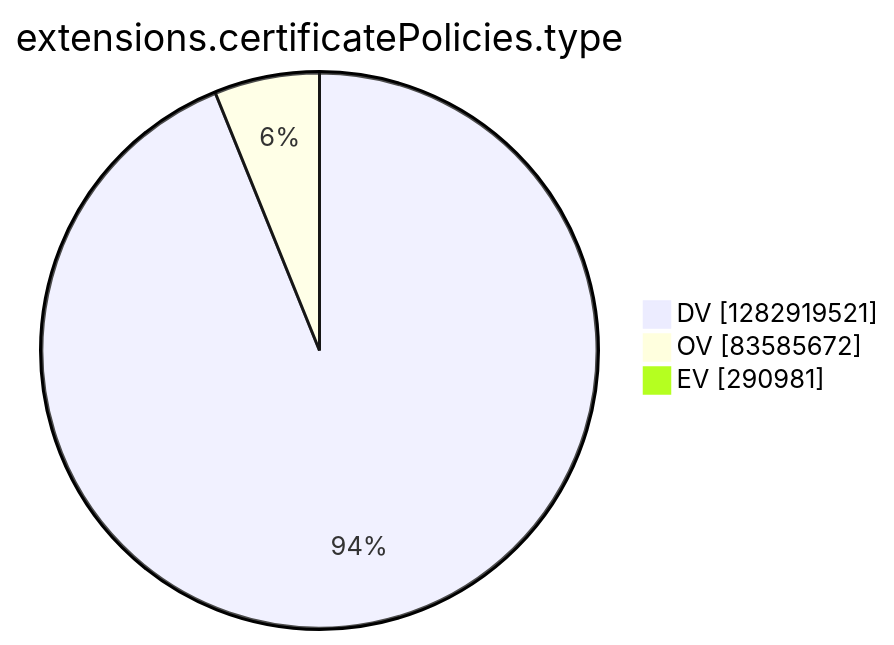
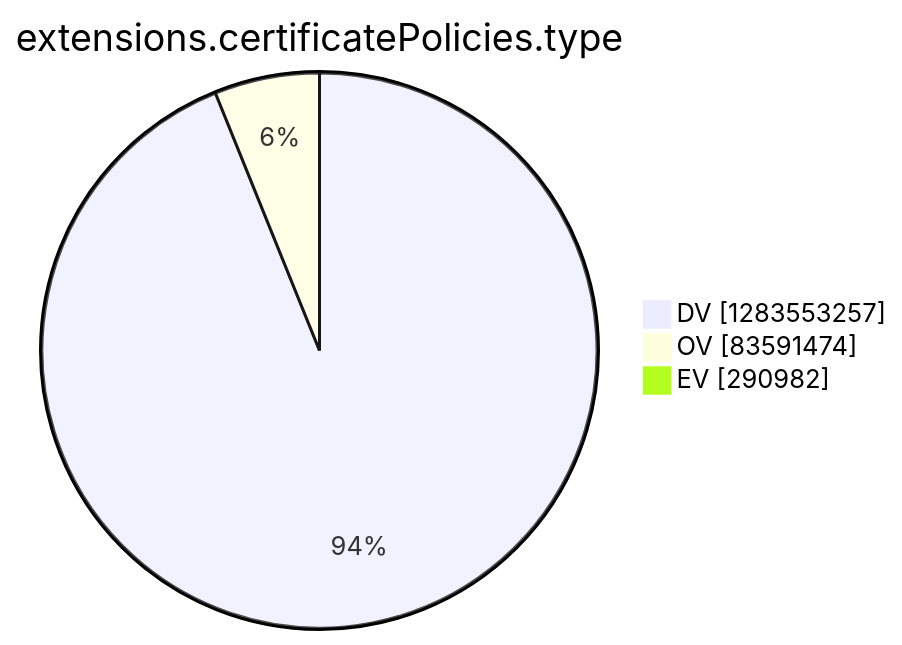
Before and after one commit to christiankrug/ctmonitor_visualization: the tenth of 15 diagrams in argon2022/README.md, drawn with Mermaid. The commit also changed other lines of this file, not shown here.

````diff
--- a/argon2022/README.md
+++ b/argon2022/README.md
@@ -2771,7 +2771,7 @@
 ```mermaid
 pie showData
 title extensions.certificatePolicies.type
-"DV" :1282919521
-"OV" :83585672
-"EV" :290981
+"DV" :1283553257
+"OV" :83591474
+"EV" :290982
 ```
````
